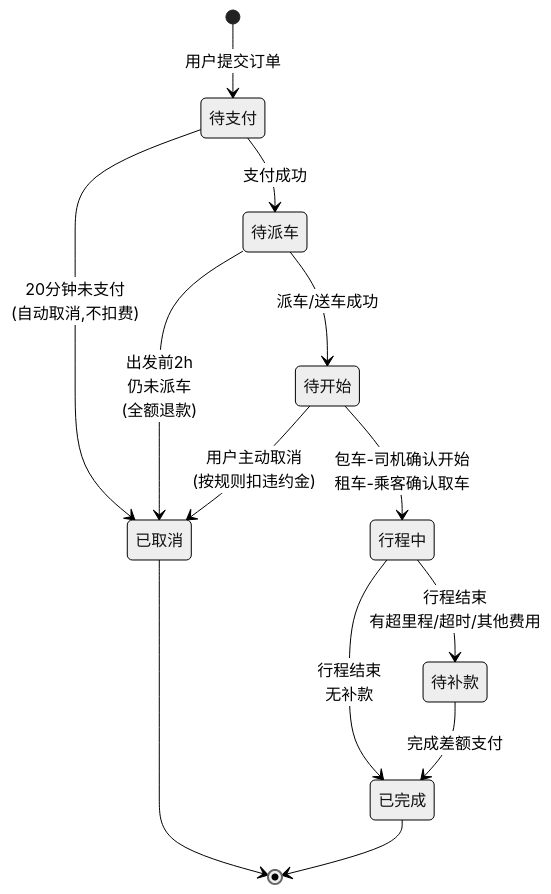
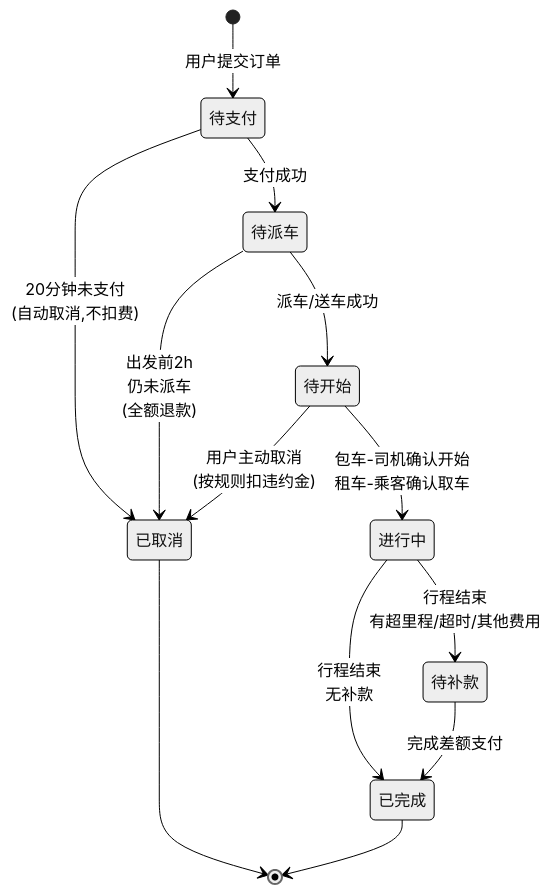
The third of 4 diagrams in 乘客端需求规格说明.md (klayhuzhenx/zunchuxing), drawn with Mermaid (neutral theme) before and after one commit. The commit also changed other lines of this file and 84 other files, not shown here.

````diff
--- a/乘客端需求规格说明.md
+++ b/乘客端需求规格说明.md
@@ -1166,15 +1162,15 @@
 ```mermaid
 stateDiagram-v2
     [*] --> 待支付: 用户提交订单
     待支付 --> 已取消: 20分钟未支付<br/>(自动取消,不扣费)
     待支付 --> 待派车: 支付成功
     待派车 --> 已取消: 出发前2h<br/>仍未派车<br/>(全额退款)
     待派车 --> 待开始: 派车/送车成功
     待开始 --> 已取消: 用户主动取消<br/>(按规则扣违约金)
-    待开始 --> 行程中: 包车-司机确认开始<br/>租车-乘客确认取车
-    行程中 --> 已完成: 行程结束<br/>无补款
-    行程中 --> 待补款: 行程结束<br/>有超里程/超时/其他费用
+    待开始 --> 进行中: 包车-司机确认开始<br/>租车-乘客确认取车
+    进行中 --> 已完成: 行程结束<br/>无补款
+    进行中 --> 待补款: 行程结束<br/>有超里程/超时/其他费用
     待补款 --> 已完成: 完成差额支付
     已完成 --> [*]
     已取消 --> [*]
 ```
````
